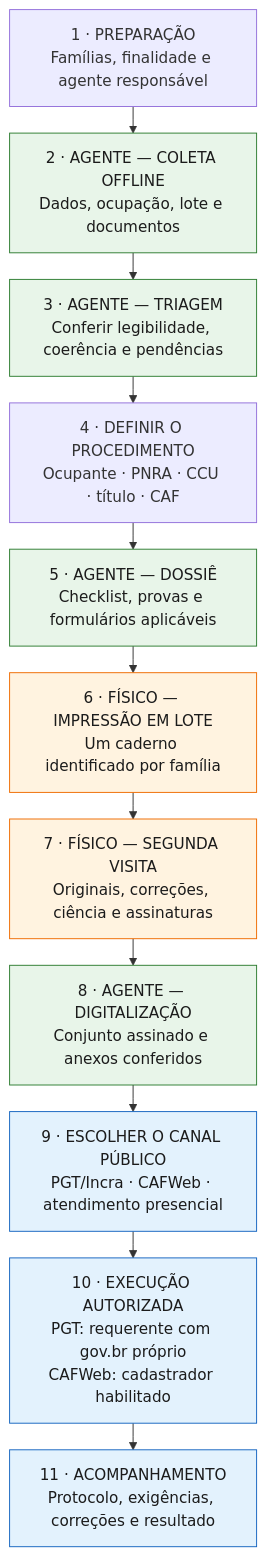
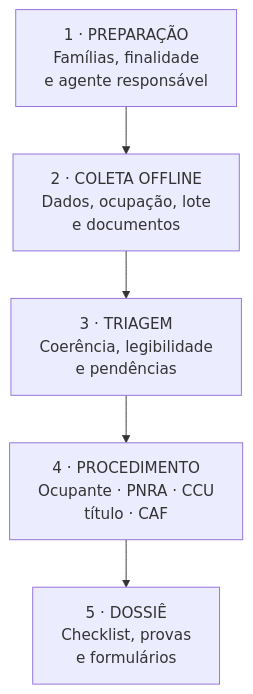
Before and after one commit to takwaratec/plataforma-juventude-solidaria-2026: the first of 3 diagrams in docs/app-triagem-regularizacao.md, drawn with Mermaid. The commit also changed other lines of this file and 1 other file, not shown here.

````diff
--- a/docs/app-triagem-regularizacao.md
+++ b/docs/app-triagem-regularizacao.md
@@ -17,25 +23,9 @@
 ```mermaid
-%%{init: {"flowchart": {"curve": "linear", "nodeSpacing": 18, "rankSpacing": 28}, "themeVariables": {"fontSize": "16px"}}}%%
 flowchart TD
-    A["1 · PREPARAÇÃO<br/>Famílias, finalidade e agente responsável"]
-    B["2 · AGENTE — COLETA OFFLINE<br/>Dados, ocupação, lote e documentos"]
-    C["3 · AGENTE — TRIAGEM<br/>Conferir legibilidade, coerência e pendências"]
-    D["4 · DEFINIR O PROCEDIMENTO<br/>Ocupante · PNRA · CCU · título · CAF"]
-    E["5 · AGENTE — DOSSIÊ<br/>Checklist, provas e formulários aplicáveis"]
-    F["6 · FÍSICO — IMPRESSÃO EM LOTE<br/>Um caderno identificado por família"]
-    G["7 · FÍSICO — SEGUNDA VISITA<br/>Originais, correções, ciência e assinaturas"]
-    H["8 · AGENTE — DIGITALIZAÇÃO<br/>Conjunto assinado e anexos conferidos"]
-    I["9 · ESCOLHER O CANAL PÚBLICO<br/>PGT/Incra · CAFWeb · atendimento presencial"]
-    J["10 · EXECUÇÃO AUTORIZADA<br/>PGT: requerente com gov.br próprio<br/>CAFWeb: cadastrador habilitado"]
-    K["11 · ACOMPANHAMENTO<br/>Protocolo, exigências, correções e resultado"]
-
-    A --> B --> C --> D --> E --> F --> G --> H --> I --> J --> K
-
-    classDef agente fill:#e8f5e9,stroke:#2e7d32,color:#1b1b1b;
-    classDef fisico fill:#fff3e0,stroke:#ef6c00,color:#1b1b1b;
-    classDef publico fill:#e3f2fd,stroke:#1565c0,color:#1b1b1b;
-
-    class B,C,E,H agente;
-    class F,G fisico;
-    class I,J,K publico;
+    A["1 · PREPARAÇÃO<br/>Famílias, finalidade<br/>e agente responsável"]
+    B["2 · COLETA OFFLINE<br/>Dados, ocupação, lote<br/>e documentos"]
+    C["3 · TRIAGEM<br/>Coerência, legibilidade<br/>e pendências"]
+    D["4 · PROCEDIMENTO<br/>Ocupante · PNRA · CCU<br/>título · CAF"]
+    E["5 · DOSSIÊ<br/>Checklist, provas<br/>e formulários"]
+    A --> B --> C --> D --> E
 ```
````
